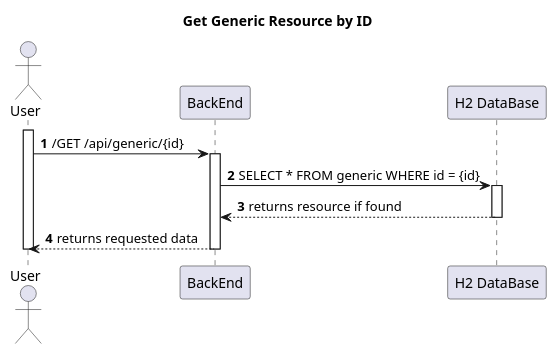
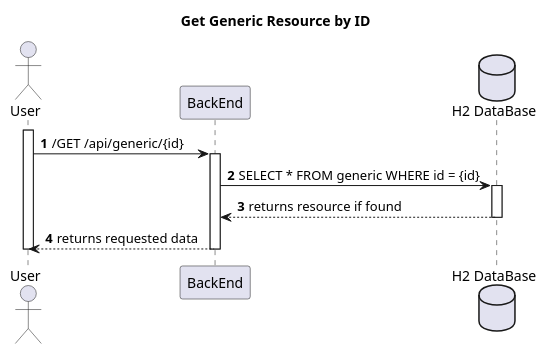
One commit to rutemf/1220944_1220772_G01 changed the diagram in Docs/System-As-Is/level2/genericSequenceDiagrams/get_by_id_sd.puml. Above: the diagram before and after it, drawn with PlantUML. The commit also changed 9 other files, not shown here.

Commit message:
Altering database icon on sequence diagrams

```diff
--- a/Docs/System-As-Is/level2/genericSequenceDiagrams/get_by_id_sd.puml
+++ b/Docs/System-As-Is/level2/genericSequenceDiagrams/get_by_id_sd.puml
@@ -1,27 +1,27 @@
 @startuml
 
 autonumber
 
 title Get Generic Resource by ID
 
 actor "User" as USER
 participant "BackEnd" as System
-participant "H2 DataBase" as H2DB
+database "H2 DataBase" as H2DB
 
 activate USER
 
     USER -> System: /GET /api/generic/{id}
     activate System
 
         System -> H2DB: SELECT * FROM generic WHERE id = {id}
         activate H2DB
 
             H2DB --> System: returns resource if found
         deactivate H2DB
 
         System --> USER: returns requested data
     deactivate System
 
 deactivate USER
 
 @enduml
```
